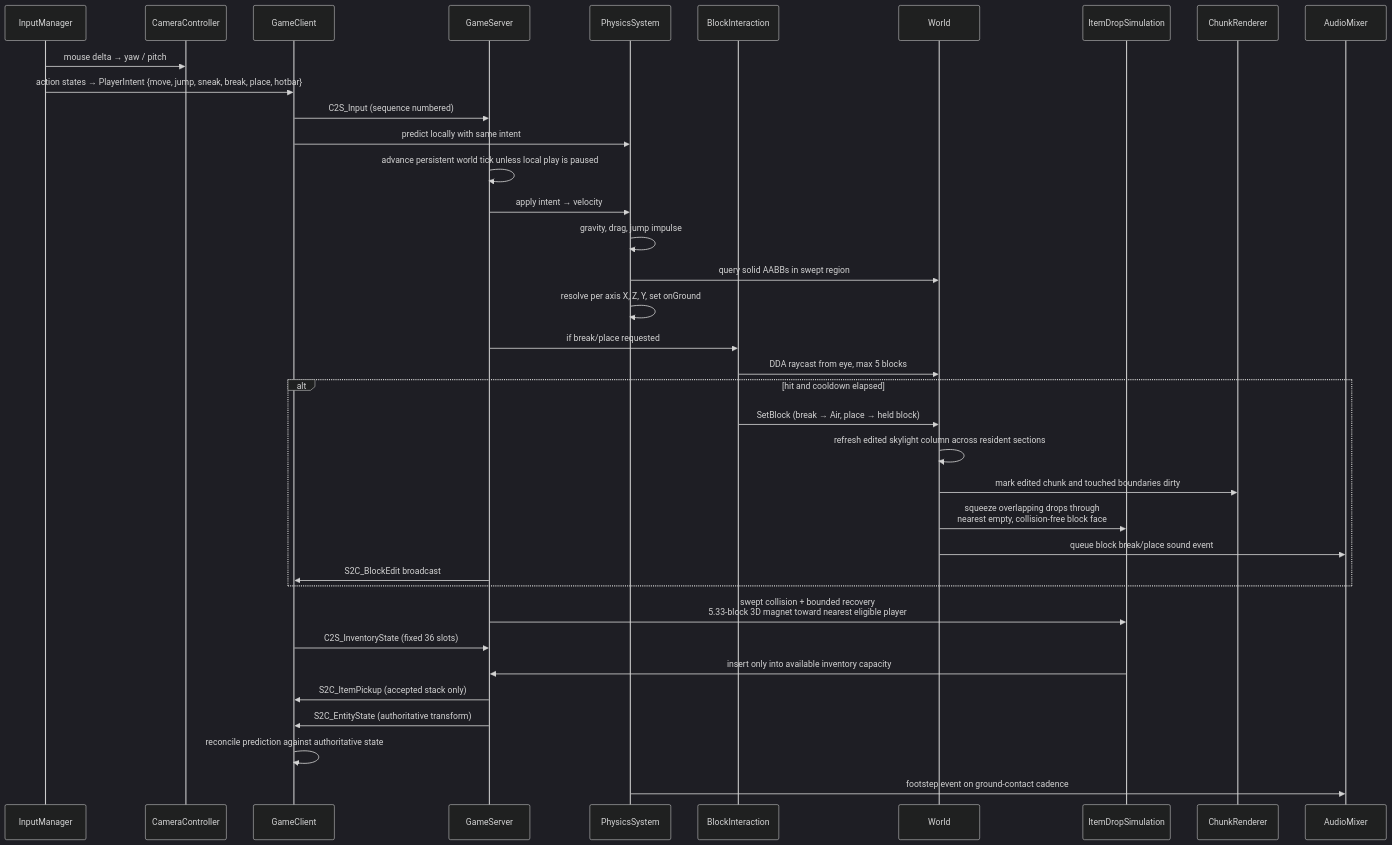
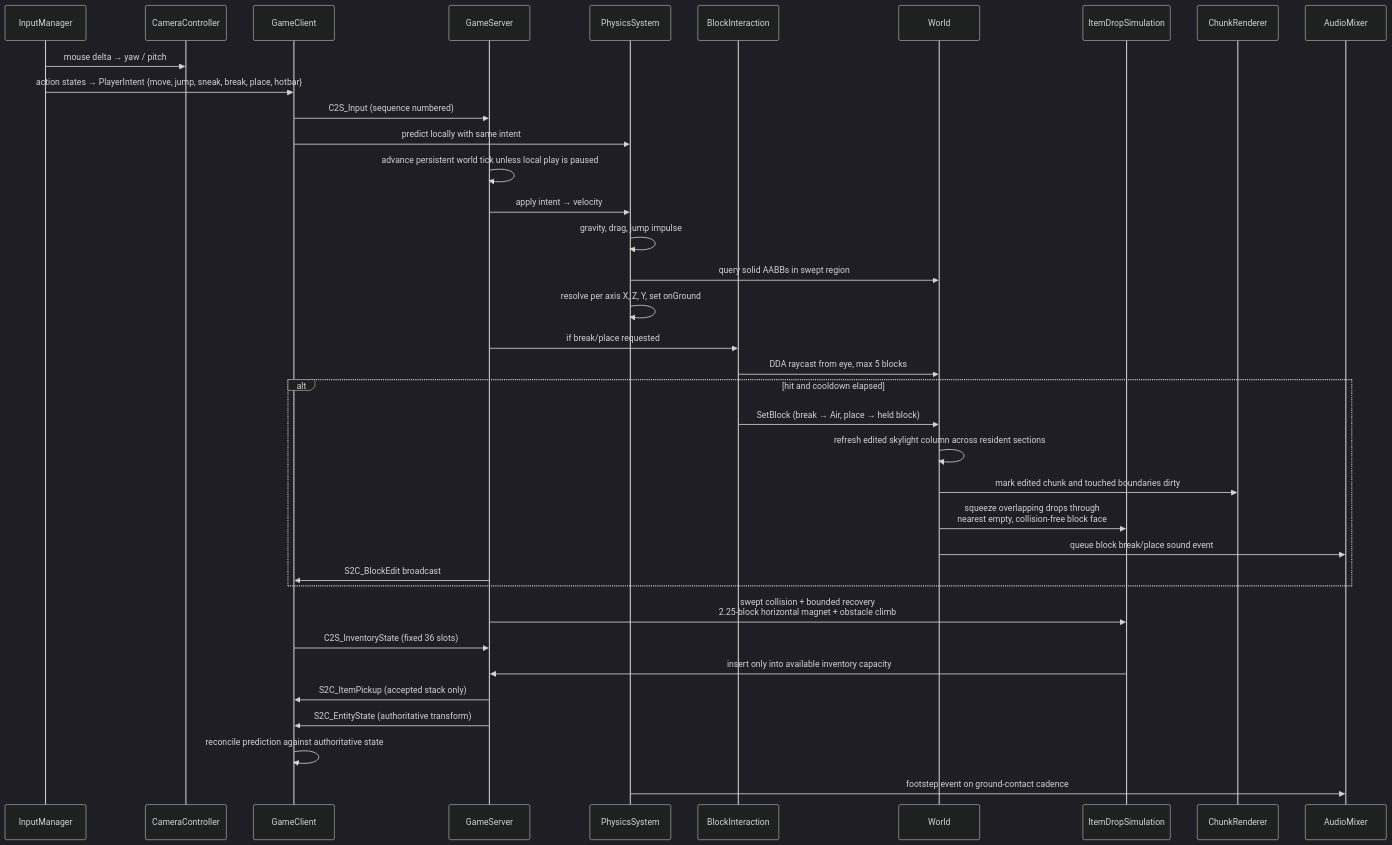
Before and after one commit to GoGurtPrime/voxels: the fifth of 17 diagrams in DIAGRAMS.md, drawn with Mermaid (dark theme). The commit also changed 5 other files, not shown here.

````diff
--- a/DIAGRAMS.md
+++ b/DIAGRAMS.md
@@ -257,41 +257,41 @@
 ```mermaid
 sequenceDiagram
     participant Inp as InputManager
     participant Cam as CameraController
     participant Cli as GameClient
     participant Srv as GameServer
     participant Phy as PhysicsSystem
     participant BI as BlockInteraction
     participant W as World
     participant Drop as ItemDropSimulation
     participant CR as ChunkRenderer
     participant Snd as AudioMixer
 
     Inp->>Cam: mouse delta → yaw / pitch
     Inp->>Cli: action states → PlayerIntent {move, jump, sneak, break, place, hotbar}
     Cli->>Srv: C2S_Input (sequence numbered)
     Cli->>Phy: predict locally with same intent
 
     Srv->>Srv: advance persistent world tick unless local play is paused
     Srv->>Phy: apply intent → velocity
     Phy->>Phy: gravity, drag, jump impulse
     Phy->>W: query solid AABBs in swept region
     Phy->>Phy: resolve per axis X, Z, Y, set onGround
     Srv->>BI: if break/place requested
     BI->>W: DDA raycast from eye, max 5 blocks
     alt hit and cooldown elapsed
         BI->>W: SetBlock (break → Air, place → held block)
         W->>W: refresh edited skylight column across resident sections
         W->>CR: mark edited chunk and touched boundaries dirty
         W->>Drop: squeeze overlapping drops through<br/>nearest empty, collision-free block face
         W->>Snd: queue block break/place sound event
         Srv->>Cli: S2C_BlockEdit broadcast
     end
-    Srv->>Drop: swept collision + bounded recovery<br/>5.33-block 3D magnet toward nearest eligible player
+    Srv->>Drop: swept collision + bounded recovery<br/>2.25-block horizontal magnet + obstacle climb
     Cli->>Srv: C2S_InventoryState (fixed 36 slots)
     Drop->>Srv: insert only into available inventory capacity
     Srv->>Cli: S2C_ItemPickup (accepted stack only)
     Srv->>Cli: S2C_EntityState (authoritative transform)
     Cli->>Cli: reconcile prediction against authoritative state
     Phy->>Snd: footstep event on ground-contact cadence
 ```
````
